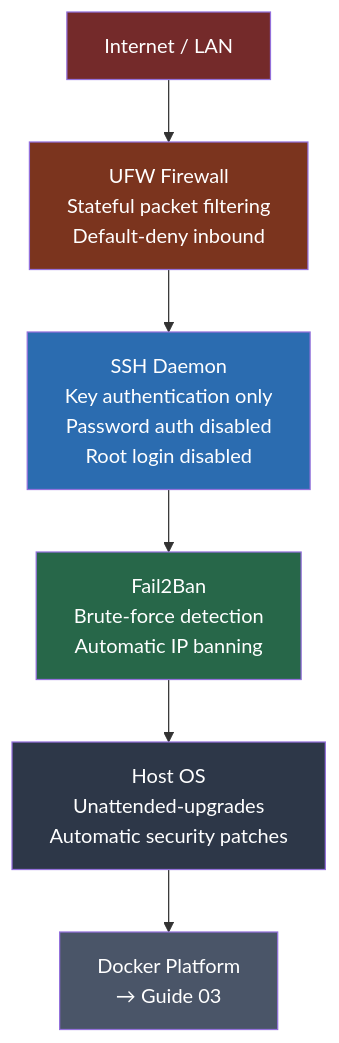
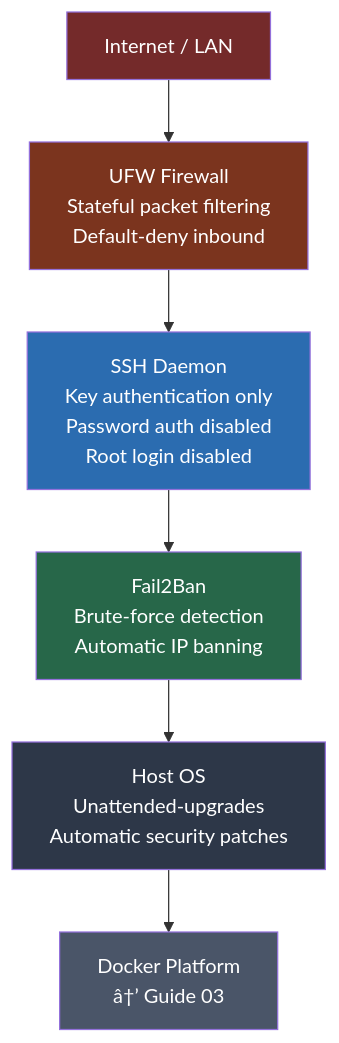
Before and after one commit to Kagiso-me/homelab-infrastructure: the diagram in docker/docs/01_host_installation_and_hardening.md, drawn with Mermaid. The commit also changed other lines of this file and 46 other files, not shown here.

Commit message:
Retire Raspberry Pi backup guide and transition to varys for key material backup; update TrueNAS documentation for storage architecture; add disaster recovery game day runbook; implement baseline network policies for production namespaces; introduce varys control hub documentation and backup script.

````diff
--- a/docker/docs/01_host_installation_and_hardening.md
+++ b/docker/docs/01_host_installation_and_hardening.md
@@ -33,15 +33,15 @@
 ```mermaid
 graph TD
     Internet["Internet / LAN"] --> UFW["UFW Firewall\nStateful packet filtering\nDefault-deny inbound"]
     UFW --> SSH["SSH Daemon\nKey authentication only\nPassword auth disabled\nRoot login disabled"]
     SSH --> Fail2Ban["Fail2Ban\nBrute-force detection\nAutomatic IP banning"]
     Fail2Ban --> Host["Host OS\nUnattended-upgrades\nAutomatic security patches"]
-    Host --> Docker["Docker Platform\n→ Guide 03"]
+    Host --> Docker["Docker Platform\nâ†’ Guide 03"]
 
     style Internet fill:#742a2a,color:#fff
     style UFW fill:#7b341e,color:#fff
     style SSH fill:#2b6cb0,color:#fff
     style Fail2Ban fill:#276749,color:#fff
     style Host fill:#2d3748,color:#fff
     style Docker fill:#4a5568,color:#fff
 ```
````
